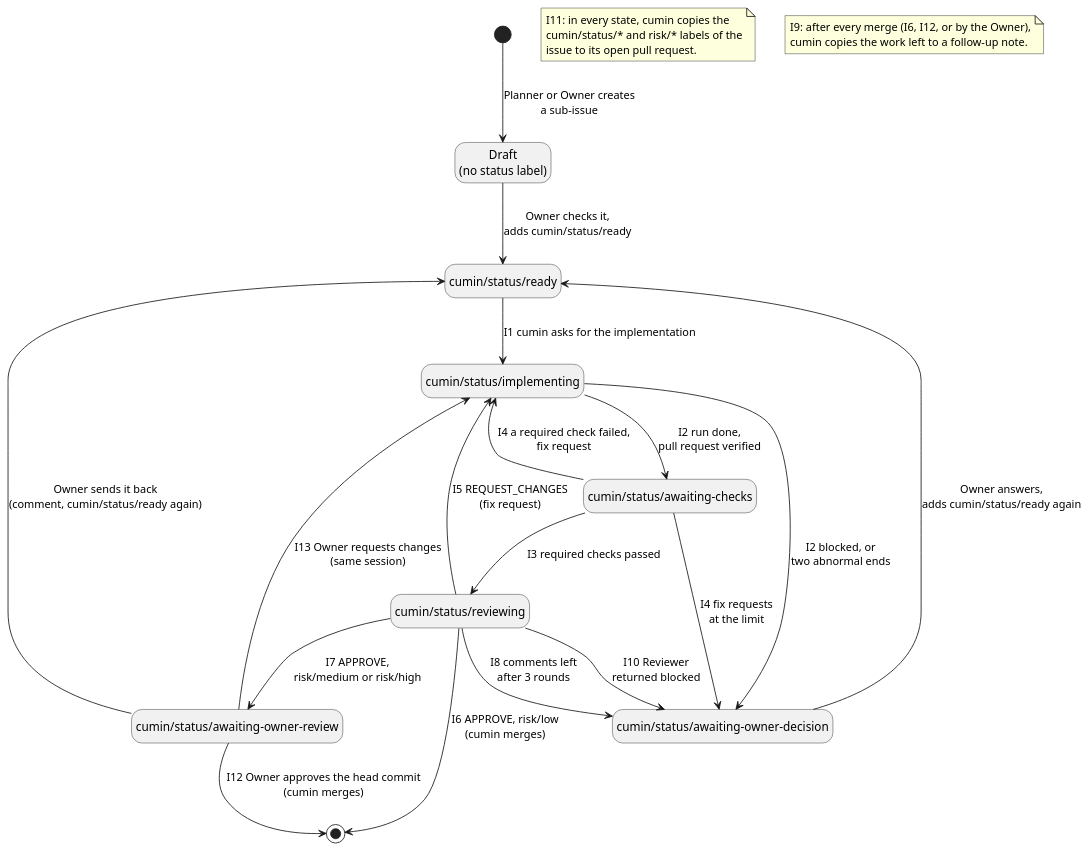
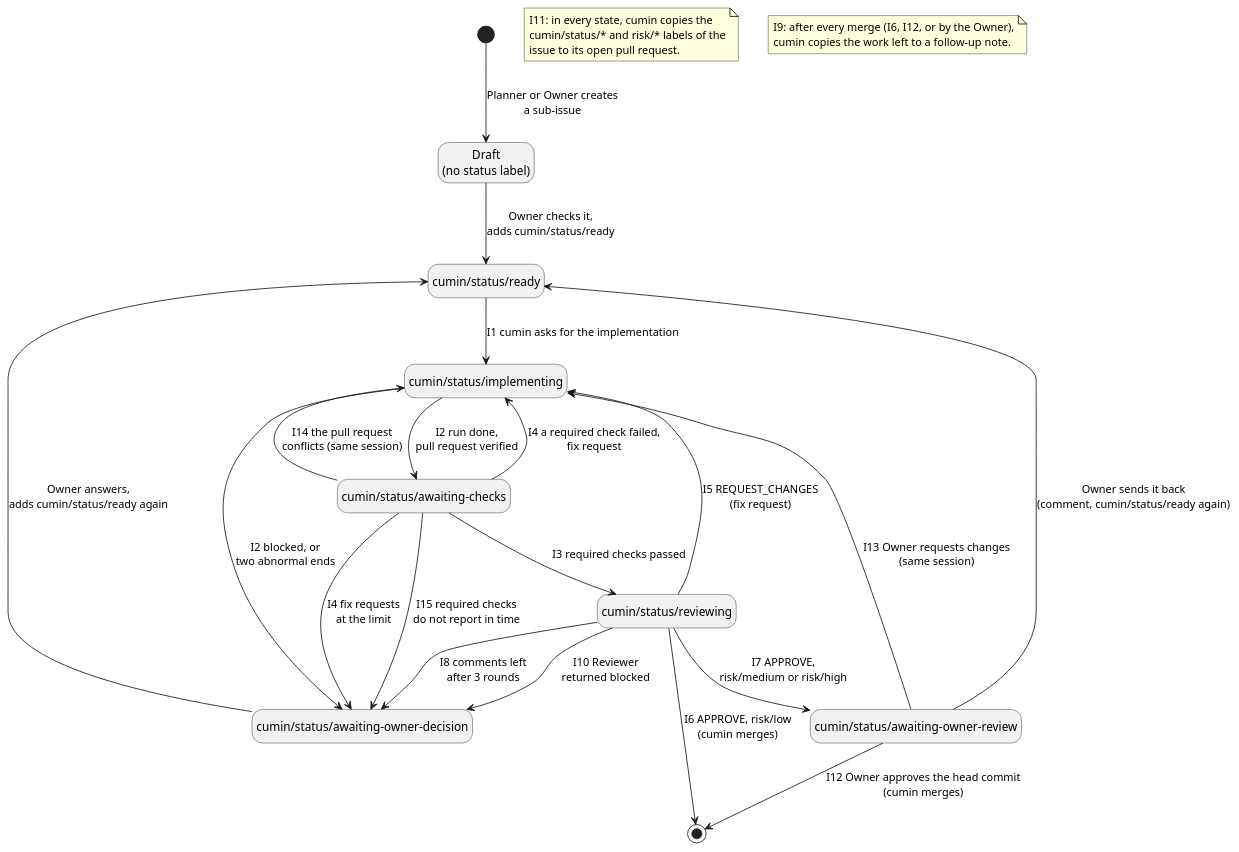
One commit to cloveclovedev/cumin-works changed the diagram in docs/ja/requirements/workflow/implementation-issue-states.puml. Above: the diagram before and after it, drawn with PlantUML. The commit also changed 5 other files, not shown here.

First line of the commit message:
docs(requirements): move an issue on when its checks cannot come (I14, I15) (#407)

```diff
--- a/docs/ja/requirements/workflow/implementation-issue-states.puml
+++ b/docs/ja/requirements/workflow/implementation-issue-states.puml
@@ -1,37 +1,39 @@
 @startuml implementation-issue-states
 ' cumin works - states of an implementation issue.
-' A state is a label on GitHub. Each arrow names one row of issue-states.md (I1 to I13); I9 and I11 are notes.
+' A state is a label on GitHub. Each arrow names one row of issue-states.md (I1 to I15); I9 and I11 are notes.
 ' Render: run scripts/render-diagrams.sh at the root of the repository.
 
 hide empty description
 
 state "Draft\n(no status label)" as Draft
 state "cumin/status/ready" as Ready
 state "cumin/status/implementing" as Implementing
 state "cumin/status/awaiting-checks" as Checks
 state "cumin/status/reviewing" as Reviewing
 state "cumin/status/awaiting-owner-review" as OwnerReview
 state "cumin/status/awaiting-owner-decision" as Decision
 
 [*] --> Draft : Planner or Owner creates\na sub-issue
 Draft --> Ready : Owner checks it,\nadds cumin/status/ready
 Ready --> Implementing : I1 cumin asks for the implementation
 Implementing --> Checks : I2 run done,\npull request verified
 Implementing --> Decision : I2 blocked, or\ntwo abnormal ends
 Checks --> Reviewing : I3 required checks passed
 Checks --> Implementing : I4 a required check failed,\nfix request
 Checks --> Decision : I4 fix requests\nat the limit
+Checks --> Implementing : I14 the pull request\nconflicts (same session)
+Checks --> Decision : I15 required checks\ndo not report in time
 Reviewing --> Implementing : I5 REQUEST_CHANGES\n(fix request)
 Reviewing --> [*] : I6 APPROVE, risk/low\n(cumin merges)
 Reviewing --> OwnerReview : I7 APPROVE,\nrisk/medium or risk/high
 Reviewing --> Decision : I8 comments left\nafter 3 rounds
 Reviewing --> Decision : I10 Reviewer\nreturned blocked
 OwnerReview --> [*] : I12 Owner approves the head commit\n(cumin merges)
 OwnerReview --> Implementing : I13 Owner requests changes\n(same session)
 OwnerReview --> Ready : Owner sends it back\n(comment, cumin/status/ready again)
 Decision --> Ready : Owner answers,\nadds cumin/status/ready again
 
 note "I11: in every state, cumin copies the\ncumin/status/* and risk/* labels of the\nissue to its open pull request." as I11
 note "I9: after every merge (I6, I12, or by the Owner),\ncumin copies the work left to a follow-up note." as I9
 
 @enduml
```
